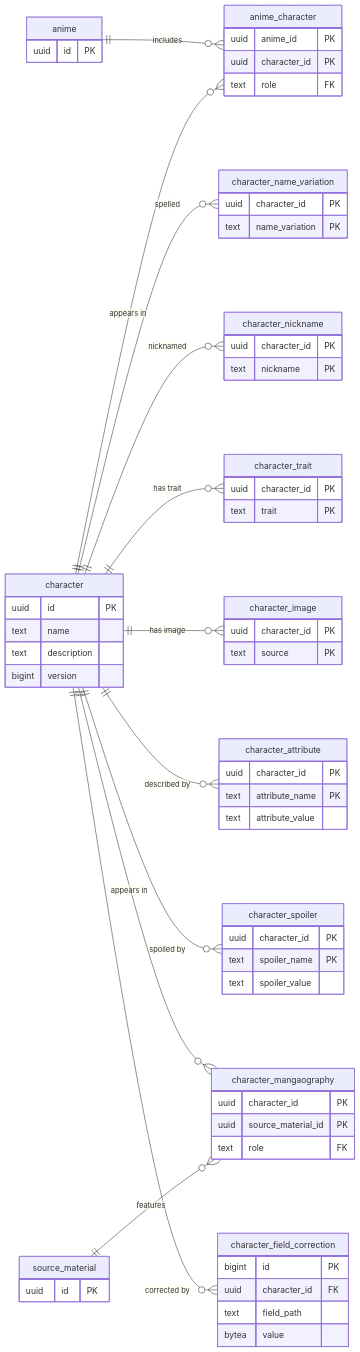
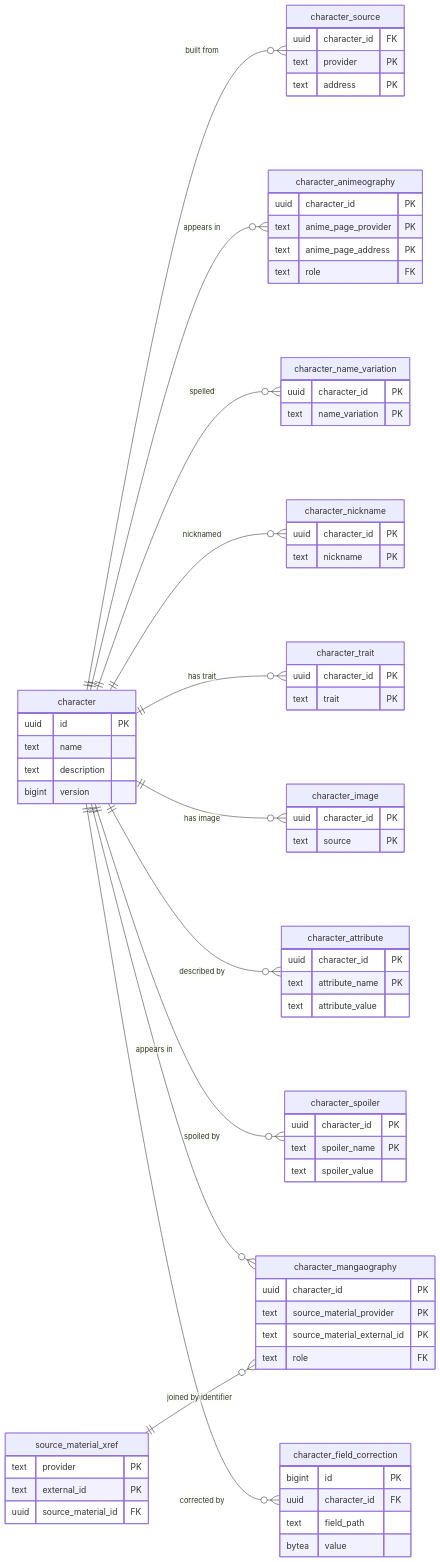
Before and after one commit to adnanaq/echora: the sixth of 8 diagrams in docs/architecture/Database Schema.md, drawn with Mermaid. The commit also changed other lines of this file and 86 other files, not shown here.

````diff
--- a/docs/architecture/Database Schema.md
+++ b/docs/architecture/Database Schema.md
@@ -372,70 +373,76 @@
 ```mermaid
 erDiagram
   direction LR
-  anime ||--o{ anime_character : "includes"
-  character ||--o{ anime_character : "appears in"
+  character ||--o{ character_source : "built from"
+  character ||--o{ character_animeography : "appears in"
   character ||--o{ character_name_variation : "spelled"
   character ||--o{ character_nickname : "nicknamed"
   character ||--o{ character_trait : "has trait"
   character ||--o{ character_image : "has image"
   character ||--o{ character_attribute : "described by"
   character ||--o{ character_spoiler : "spoiled by"
   character ||--o{ character_mangaography : "appears in"
-  source_material ||--o{ character_mangaography : "features"
+  source_material_xref ||--o{ character_mangaography : "joined by identifier"
   character ||--o{ character_field_correction : "corrected by"
 
-  anime {
-    uuid id PK
-  }
   character {
     uuid id PK
     text name
     text description
     bigint version
   }
-  anime_character {
-    uuid anime_id PK
+  character_source {
+    uuid character_id FK
+    text provider PK
+    text address PK
+  }
+  character_animeography {
     uuid character_id PK
+    text anime_page_provider PK
+    text anime_page_address PK
     text role FK
   }
   character_name_variation {
     uuid character_id PK
     text name_variation PK
   }
   character_nickname {
     uuid character_id PK
     text nickname PK
   }
   character_trait {
     uuid character_id PK
     text trait PK
   }
   character_image {
     uuid character_id PK
     text source PK
   }
   character_attribute {
     uuid character_id PK
     text attribute_name PK
     text attribute_value
   }
   character_spoiler {
     uuid character_id PK
     text spoiler_name PK
     text spoiler_value
   }
   character_mangaography {
     uuid character_id PK
-    uuid source_material_id PK
+    text source_material_provider PK
+    text source_material_external_id PK
     text role FK
   }
-  source_material {
-    uuid id PK
+  source_material_xref {
+    text provider PK
+    text external_id PK
+    uuid source_material_id FK
   }
   character_field_correction {
     bigint id PK
     uuid character_id FK
     text field_path
     bytea value
   }
 ```
````
